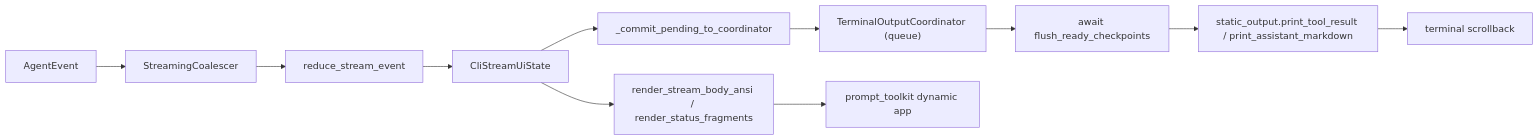
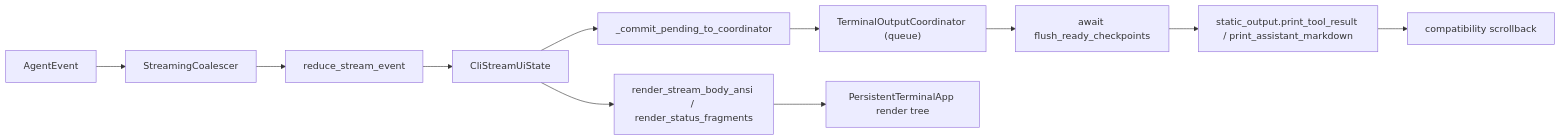
Before and after one commit to user0452/Nervure: the first of 2 diagrams in docs/design-docs/cli-message-rendering-architecture.md, drawn with Mermaid. The commit also changed other lines of this file and 819 other files, not shown here.

````diff
--- a/docs/design-docs/cli-message-rendering-architecture.md
+++ b/docs/design-docs/cli-message-rendering-architecture.md
@@ -45,13 +45,13 @@
 ```mermaid
 flowchart LR
   Event["AgentEvent"] --> Coalescer["StreamingCoalescer"]
   Coalescer --> Reducer["reduce_stream_event"]
   Reducer --> State["CliStreamUiState"]
   State --> View["render_stream_body_ansi / render_status_fragments"]
   State --> Commit["_commit_pending_to_coordinator"]
   Commit --> Coord["TerminalOutputCoordinator (queue)"]
   Coord --> Flush["await flush_ready_checkpoints"]
   Flush --> Static["static_output.print_tool_result / print_assistant_markdown"]
-  View --> Dynamic["prompt_toolkit dynamic app"]
-  Static --> Scrollback["terminal scrollback"]
+  View --> Dynamic["PersistentTerminalApp render tree"]
+  Static --> Scrollback["compatibility scrollback"]
 ```
````
